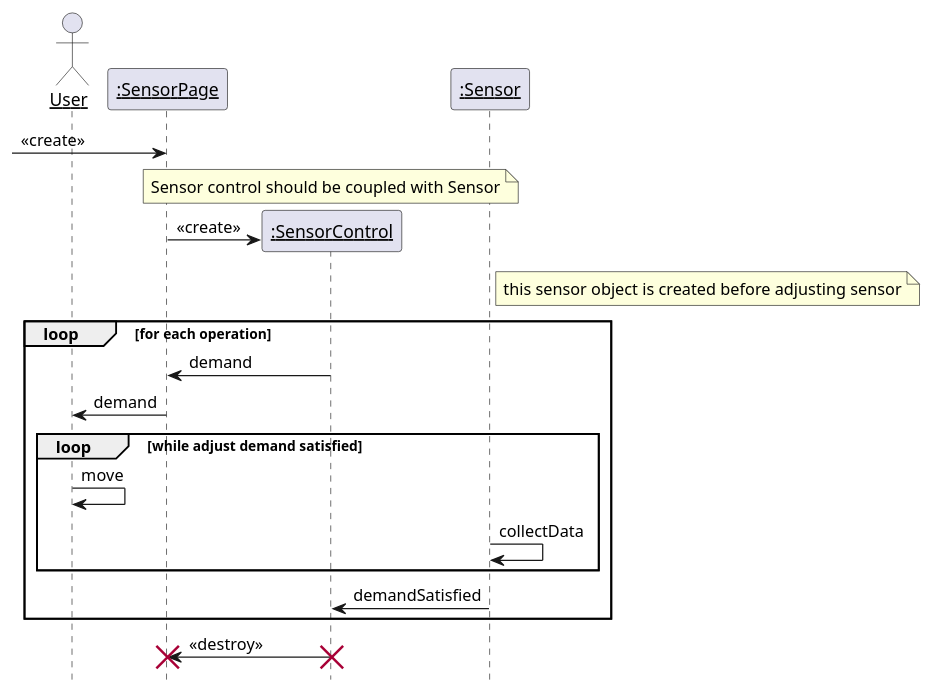
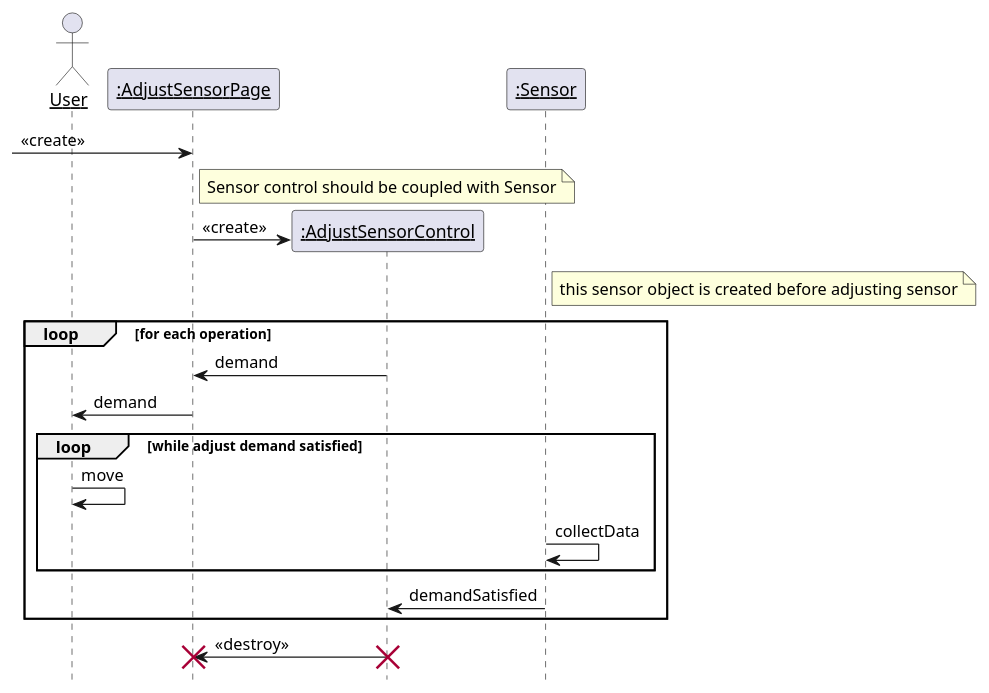
Before and after one commit to kpp19920121/doc: diagram 20 of 21 in 需求定义和分析/SeqDiagram.md, drawn with PlantUML. The commit also changed other lines of this file and 7 other files, not shown here.

````diff
--- a/需求定义和分析/SeqDiagram.md
+++ b/需求定义和分析/SeqDiagram.md
@@ -905,33 +862,33 @@
 ```PlantUML
 @startuml AdjustSensor
 hide footbox
 skinparam sequenceParticipant underline
 
 actor User as user
-participant ":SensorPage" as page
-participant ":SensorControl" as control
+participant ":AdjustSensorPage" as page
+participant ":AdjustSensorControl" as control
 participant ":Sensor" as sensor
 
 [-> page: <<create>>
 note over control: Sensor control should be coupled with Sensor
 create control
 page -> control: <<create>>
 note right of sensor: this sensor object is created before adjusting sensor
 loop for each operation
     control -> page: demand
     page -> user: demand
     loop while adjust demand satisfied
         user -> user: move
         sensor -> sensor: collectData
     end
     sensor -> control: demandSatisfied
 end
 
 control -> page: <<destroy>>
 destroy page
 destroy control
 
 
 
 @enduml
 ```
````
